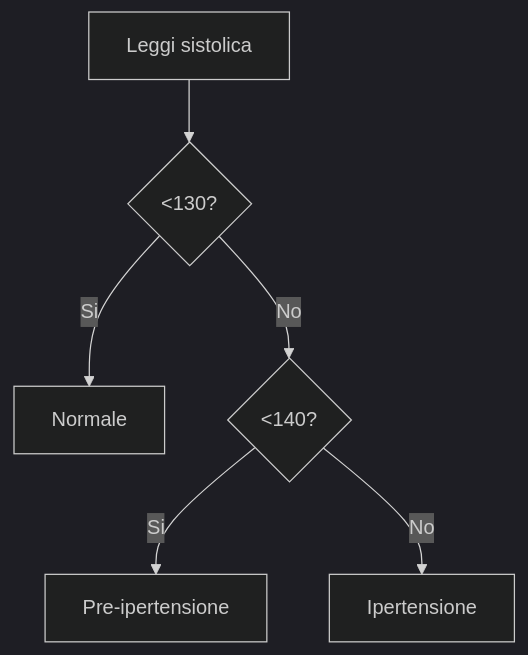
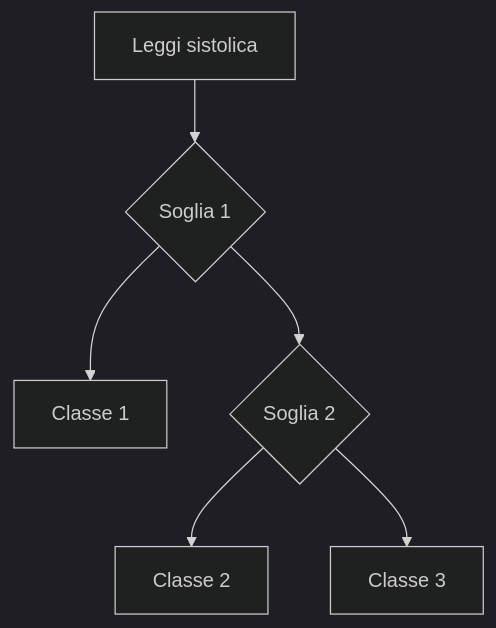
Before and after one commit to lucadagati/Lab_Fondamenti_di_Informatica_25_26: the eighth of 10 diagrams in 04-python-jupyter-analisi-biomedica/README.md, drawn with Mermaid (dark theme). The commit also changed other lines of this file and 11 other files, not shown here.

````diff
--- a/04-python-jupyter-analisi-biomedica/README.md
+++ b/04-python-jupyter-analisi-biomedica/README.md
@@ -148,8 +134,8 @@
 ```mermaid
 flowchart TD
-    A[Leggi sistolica] --> B{<130?}
-    B -- Si --> C[Normale]
-    B -- No --> D{<140?}
-    D -- Si --> E[Pre-ipertensione]
-    D -- No --> F[Ipertensione]
+    A[Leggi sistolica] --> B{Soglia 1}
+    B --> C[Classe 1]
+    B --> D{Soglia 2}
+    D --> E[Classe 2]
+    D --> F[Classe 3]
 ```
````
